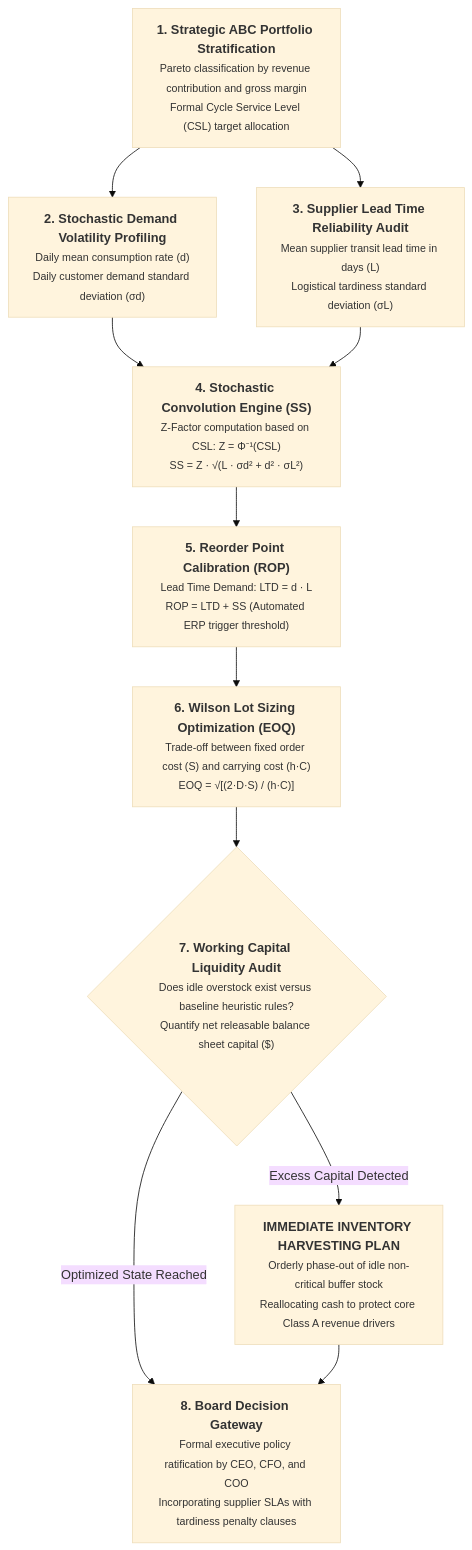
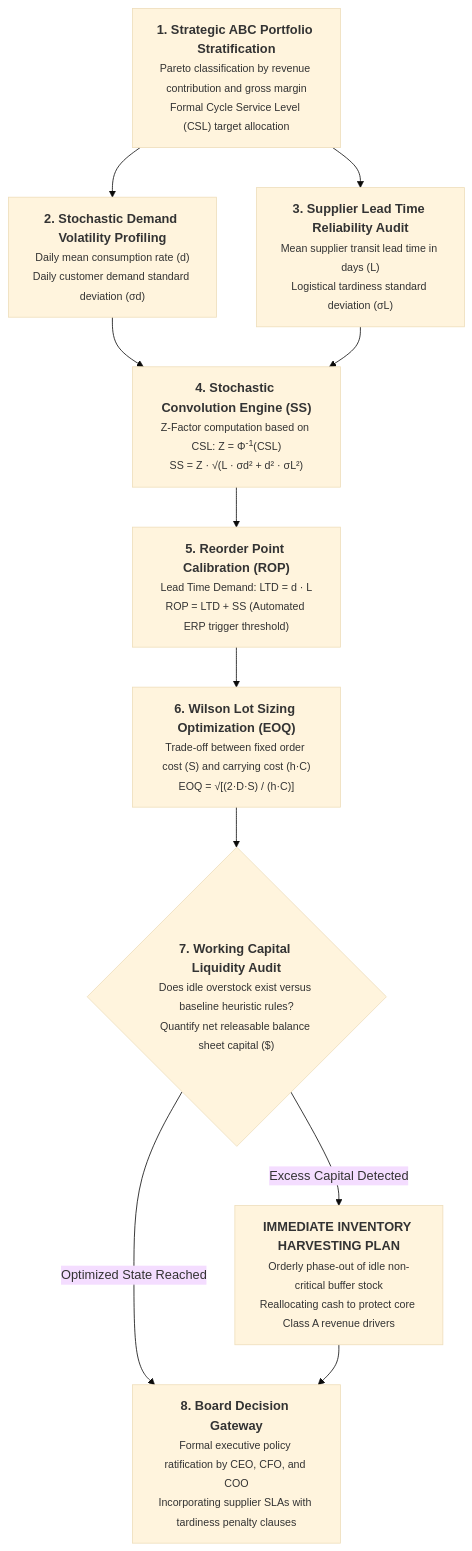
Before and after one commit to Dalaez/datalaria-website: the first of 2 diagrams in content/en/posts/safety-stock-reorder-point-calculator/index.md, drawn with Mermaid (base theme). The commit also changed other lines of this file and 272 other files, not shown here.

```diff
--- a/content/en/posts/safety-stock-reorder-point-calculator/index.md
+++ b/content/en/posts/safety-stock-reorder-point-calculator/index.md
@@ -37,31 +38,31 @@
 {{< mermaid >}}
 flowchart TD
     A["<b>1. Strategic ABC Portfolio Stratification</b><br/><small>Pareto classification by revenue contribution and gross margin<br/>Formal Cycle Service Level (CSL) target allocation</small>"]
     
     B["<b>2. Stochastic Demand Volatility Profiling</b><br/><small>Daily mean consumption rate (d)<br/>Daily customer demand standard deviation (σd)</small>"]
     
     C["<b>3. Supplier Lead Time Reliability Audit</b><br/><small>Mean supplier transit lead time in days (L)<br/>Logistical tardiness standard deviation (σL)</small>"]
     
-    D["<b>4. Stochastic Convolution Engine (SS)</b><br/><small>Z-Factor computation based on CSL: Z = Φ⁻¹(CSL)<br/>SS = Z · √(L · σd² + d² · σL²)</small>"]
+    D["<b>4. Stochastic Convolution Engine (SS)</b><br/><small>Z-Factor computation based on CSL: Z = Φ<sup>-1</sup>(CSL)<br/>SS = Z · √(L · σd² + d² · σL²)</small>"]
     
     E["<b>5. Reorder Point Calibration (ROP)</b><br/><small>Lead Time Demand: LTD = d · L<br/>ROP = LTD + SS (Automated ERP trigger threshold)</small>"]
     
     F["<b>6. Wilson Lot Sizing Optimization (EOQ)</b><br/><small>Trade-off between fixed order cost (S) and carrying cost (h·C)<br/>EOQ = √[(2·D·S) / (h·C)]</small>"]
     
     G{"<b>7. Working Capital Liquidity Audit</b><br/><small>Does idle overstock exist versus baseline heuristic rules?<br/>Quantify net releasable balance sheet capital ($)</small>"}
     
     H["<b>IMMEDIATE INVENTORY HARVESTING PLAN</b><br/><small>Orderly phase-out of idle non-critical buffer stock<br/>Reallocating cash to protect core Class A revenue drivers</small>"]
     
     I["<b>8. Board Decision Gateway</b><br/><small>Formal executive policy ratification by CEO, CFO, and COO<br/>Incorporating supplier SLAs with tardiness penalty clauses</small>"]
 
     A --> B
     A --> C
     B --> D
     C --> D
     D --> E
     E --> F
     F --> G
     G -->|Excess Capital Detected| H
     G -->|Optimized State Reached| I
     H --> I
 {{< /mermaid >}}
```
